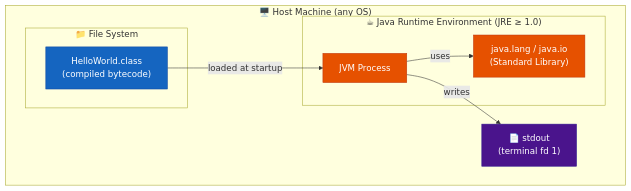
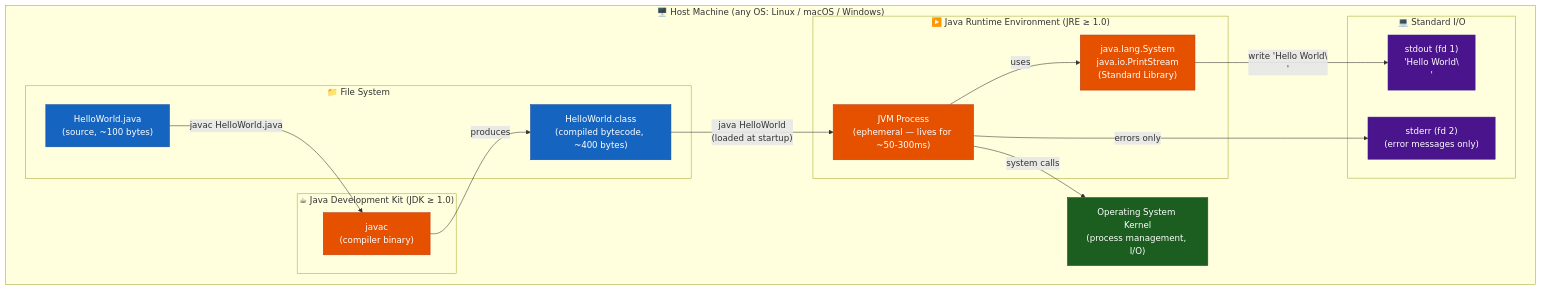
Before and after one commit to ktruchcz/copilot-test-ktruchcz: diagram 14 of 25 in arc42-documentation.md, drawn with Mermaid. The commit also changed other lines of this file, not shown here.

First line of the commit message:
Generate comprehensive Arc42 architecture documentation v2.0.0

````diff
--- a/arc42-documentation.md
+++ b/arc42-documentation.md
@@ -365,24 +731,39 @@
 ```mermaid
 graph TB
     classDef machine fill:#37474F,stroke:#263238,color:#fff,font-weight:bold
     classDef jre fill:#E65100,stroke:#BF360C,color:#fff
     classDef artifact fill:#1565C0,stroke:#0D47A1,color:#fff
     classDef fs fill:#4A148C,stroke:#311B92,color:#fff
+    classDef os fill:#1B5E20,stroke:#155724,color:#fff
 
-    subgraph HostMachine["🖥️ Host Machine (any OS)"]
+    subgraph HostMachine["🖥️ Host Machine (any OS: Linux / macOS / Windows)"]
         subgraph FileSystem["📁 File System"]
-            classFile["HelloWorld.class\n(compiled bytecode)"]:::artifact
+            sourceFile["HelloWorld.java\n(source, ~100 bytes)"]:::artifact
+            classFile["HelloWorld.class\n(compiled bytecode, ~400 bytes)"]:::artifact
         end
 
-        subgraph JRE["☕ Java Runtime Environment (JRE ≥ 1.0)"]
-            JVM["JVM Process"]:::jre
-            StdLib["java.lang / java.io\n(Standard Library)"]:::jre
+        subgraph JDK_Layer["☕ Java Development Kit (JDK ≥ 1.0)"]
+            javac_bin["javac\n(compiler binary)"]:::jre
         end
 
-        stdout["📄 stdout\n(terminal fd 1)"]:::fs
+        subgraph JRE_Layer["▶️ Java Runtime Environment (JRE ≥ 1.0)"]
+            JVM["JVM Process\n(ephemeral — lives for ~50-300ms)"]:::jre
+            StdLib["java.lang.System\njava.io.PrintStream\n(Standard Library)"]:::jre
+        end
+
+        subgraph IO["💻 Standard I/O"]
+            stdout_fd["stdout (fd 1)\n'Hello World\\n'"]:::fs
+            stderr_fd["stderr (fd 2)\n(error messages only)"]:::fs
+        end
+
+        osLayer["Operating System Kernel\n(process management, I/O)"]:::os
     end
 
-    classFile -->|"loaded at startup"| JVM
+    sourceFile -->|"javac HelloWorld.java"| javac_bin
+    javac_bin -->|"produces"| classFile
+    classFile -->|"java HelloWorld\n(loaded at startup)"| JVM
     JVM -->|"uses"| StdLib
-    JVM -->|"writes"| stdout
+    StdLib -->|"write 'Hello World\\n'"| stdout_fd
+    JVM -->|"errors only"| stderr_fd
+    JVM -->|"system calls"| osLayer
 ```
````
